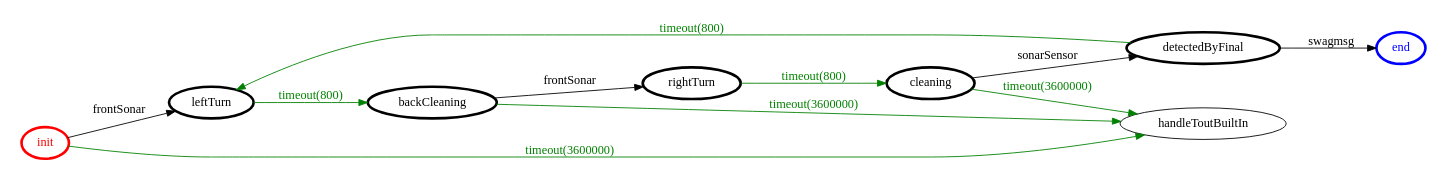
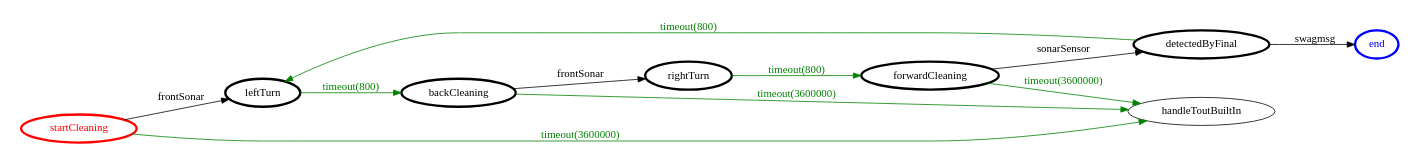
Before and after one commit to FFrabetti/ProgettoISS_relazione: the diagram in it.unibo.finalTask2018/srcMore/it/unibo/swag3/swag3.gv, drawn with Graphviz. The commit also changed 5 other files, not shown here.

```diff
--- a/it.unibo.finalTask2018/srcMore/it/unibo/swag3/swag3.gv
+++ b/it.unibo.finalTask2018/srcMore/it/unibo/swag3/swag3.gv
@@ -1,30 +1,30 @@
 /*
 *
 * A GraphViz DOT FSM description 
 * Please use a GraphViz visualizer (like http://www.webgraphviz.com)
 *  
 */
 
 digraph finite_state_machine {
 	rankdir=LR
 	size="8,5"
 	
-	init [ color = red ][ fontcolor = red ][ penwidth = 3 ]
-	cleaning [ color = black ][ fontcolor = black ][ penwidth = 3 ]
+	startCleaning [ color = red ][ fontcolor = red ][ penwidth = 3 ]
+	forwardCleaning [ color = black ][ fontcolor = black ][ penwidth = 3 ]
 	rightTurn [ color = black ][ fontcolor = black ][ penwidth = 3 ]
 	detectedByFinal [ color = black ][ fontcolor = black ][ penwidth = 3 ]
 	leftTurn [ color = black ][ fontcolor = black ][ penwidth = 3 ]
 	backCleaning [ color = black ][ fontcolor = black ][ penwidth = 3 ]
 	end [ color = blue ][ fontcolor = blue ][ penwidth = 3 ]
 	
-	init -> handleToutBuiltIn [ label = "timeout(3600000)" ][ color = green ][ fontcolor = green ]
-	init -> leftTurn [ label = "frontSonar" ][ color = black ][ fontcolor = black ]
-	cleaning -> handleToutBuiltIn [ label = "timeout(3600000)" ][ color = green ][ fontcolor = green ]
 	detectedByFinal -> end [ label = "swagmsg" ][ color = black ][ fontcolor = black ]
 	leftTurn -> backCleaning [ label = "timeout(800)" ][ color = green ][ fontcolor = green ]
+	startCleaning -> leftTurn [ label = "frontSonar" ][ color = black ][ fontcolor = black ]
 	backCleaning -> rightTurn [ label = "frontSonar" ][ color = black ][ fontcolor = black ]
+	rightTurn -> forwardCleaning [ label = "timeout(800)" ][ color = green ][ fontcolor = green ]
+	startCleaning -> handleToutBuiltIn [ label = "timeout(3600000)" ][ color = green ][ fontcolor = green ]
+	forwardCleaning -> detectedByFinal [ label = "sonarSensor" ][ color = black ][ fontcolor = black ]
 	detectedByFinal -> leftTurn [ label = "timeout(800)" ][ color = green ][ fontcolor = green ]
-	rightTurn -> cleaning [ label = "timeout(800)" ][ color = green ][ fontcolor = green ]
-	cleaning -> detectedByFinal [ label = "sonarSensor" ][ color = black ][ fontcolor = black ]
+	forwardCleaning -> handleToutBuiltIn [ label = "timeout(3600000)" ][ color = green ][ fontcolor = green ]
 	backCleaning -> handleToutBuiltIn [ label = "timeout(3600000)" ][ color = green ][ fontcolor = green ]
 }
```
